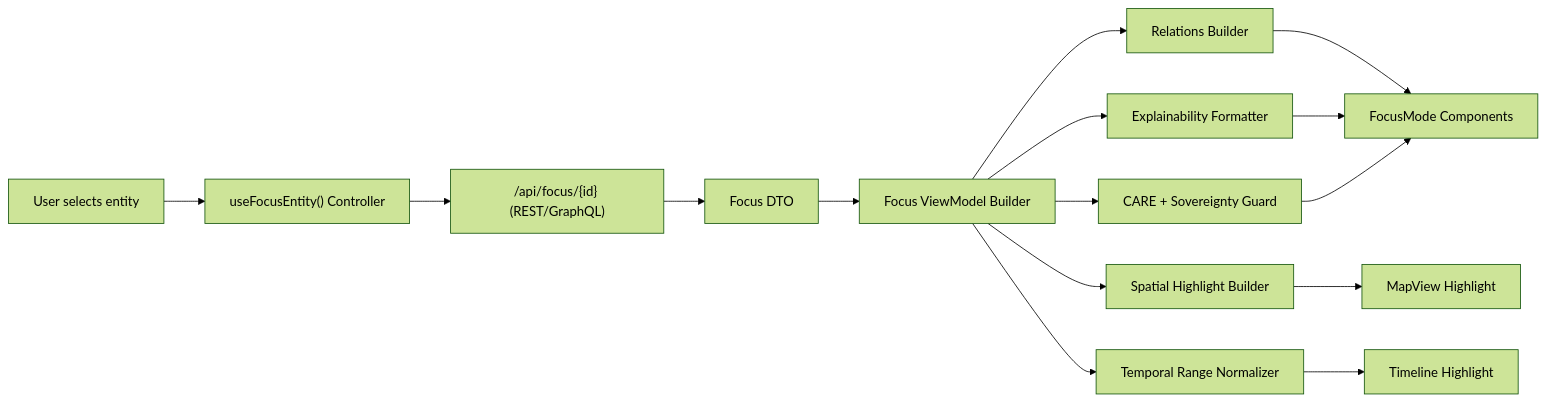
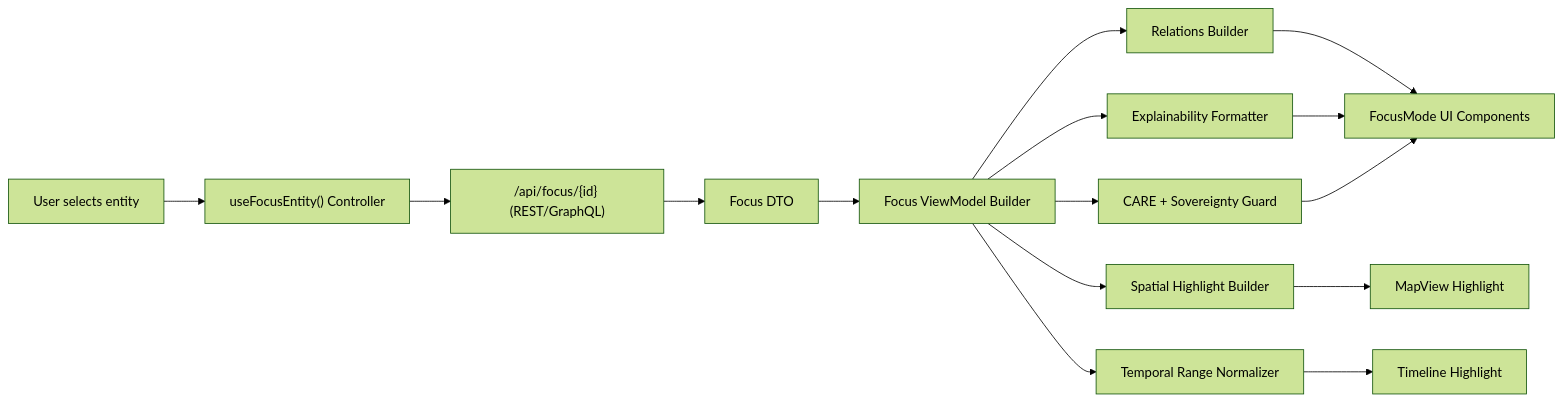
Before and after one commit to bartytime4life/Kansas-Frontier-Matrix: the diagram in web/src/features/focus-mode/README.md, drawn with Mermaid (forest theme). The commit also changed other lines of this file, not shown here.

```diff
--- a/web/src/features/focus-mode/README.md
+++ b/web/src/features/focus-mode/README.md
@@ -217,17 +288,18 @@
 ~~~mermaid
 flowchart LR
     U[User selects entity] --> C["useFocusEntity() Controller"]
     C --> API["/api/focus/{id} (REST/GraphQL)"]
     API --> DTO[Focus DTO]
     DTO --> VM[Focus ViewModel Builder]
     VM --> GOV[CARE + Sovereignty Guard]
     VM --> SPATIAL[Spatial Highlight Builder]
     VM --> TIME[Temporal Range Normalizer]
     VM --> REL[Relations Builder]
     VM --> EXPL[Explainability Formatter]
+
     SPATIAL --> MAP[MapView Highlight]
     TIME --> TL[Timeline Highlight]
-    REL --> UI[FocusMode Components]
+    REL --> UI[FocusMode UI Components]
     EXPL --> UI
     GOV --> UI
 ~~~
```
